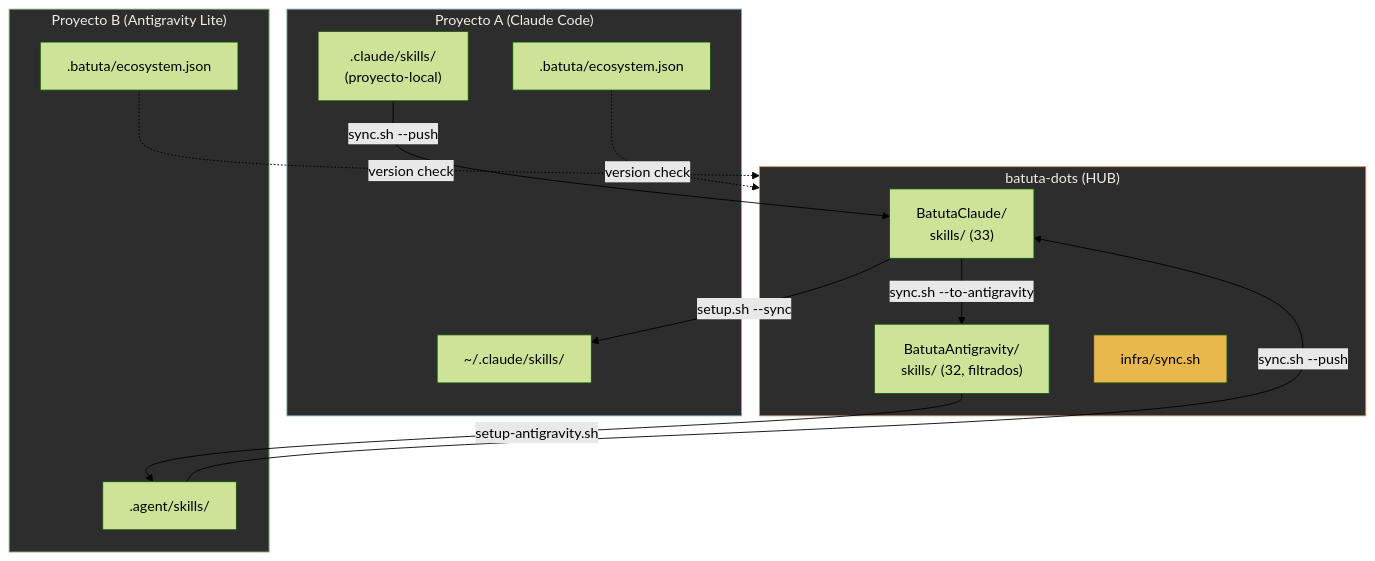
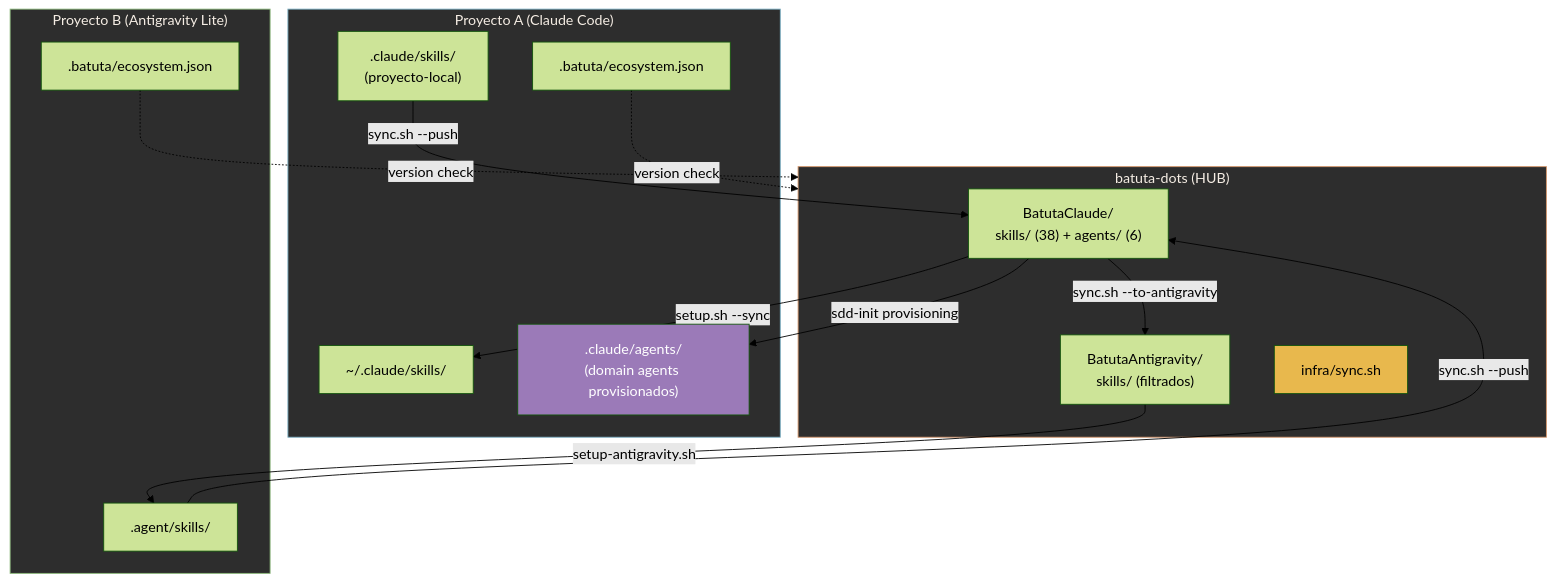
Before and after one commit to jota-batuta/batuta-dots: diagram 23 of 26 in docs/architecture/arquitectura-diagrama.md, drawn with Mermaid (forest theme). The commit also changed other lines of this file and 79 other files, not shown here.

First line of the commit message:
feat(v13): agents architecture, skill eval, validation fixes

````diff
--- a/docs/architecture/arquitectura-diagrama.md
+++ b/docs/architecture/arquitectura-diagrama.md
@@ -805,34 +869,37 @@
 ```mermaid
 flowchart TD
     subgraph HUB["batuta-dots (HUB)"]
-        BC["BatutaClaude/<br/>skills/ (33)"]
-        BA["BatutaAntigravity/<br/>skills/ (32, filtrados)"]
+        BC["BatutaClaude/<br/>skills/ (38) + agents/ (6)"]
+        BA["BatutaAntigravity/<br/>skills/ (filtrados)"]
         SYNC["infra/sync.sh"]
     end
 
     subgraph SPOKE_CLAUDE["Proyecto A (Claude Code)"]
         PC_SKILLS["~/.claude/skills/"]
+        PC_AGENTS[".claude/agents/<br/>(domain agents provisionados)"]
         PC_LOCAL[".claude/skills/<br/>(proyecto-local)"]
         PC_ECO[".batuta/ecosystem.json"]
     end
 
     subgraph SPOKE_ANTIGRAVITY["Proyecto B (Antigravity Lite)"]
         PA_SKILLS[".agent/skills/"]
         PA_ECO[".batuta/ecosystem.json"]
     end
 
     BC -->|"setup.sh --sync"| PC_SKILLS
+    BC -->|"sdd-init provisioning"| PC_AGENTS
     BC -->|"sync.sh --to-antigravity"| BA
     BA -->|"setup-antigravity.sh"| PA_SKILLS
 
     PC_LOCAL -->|"sync.sh --push"| BC
     PA_SKILLS -->|"sync.sh --push"| BC
 
     PC_ECO -.->|"version check"| HUB
     PA_ECO -.->|"version check"| HUB
 
     style HUB fill:#2d2d2d,stroke:#D4956A,color:#F5EDE4
     style SPOKE_CLAUDE fill:#2d2d2d,stroke:#7AAFC4,color:#F5EDE4
     style SPOKE_ANTIGRAVITY fill:#2d2d2d,stroke:#8BB87A,color:#F5EDE4
     style SYNC fill:#E8B84D,color:#000
+    style PC_AGENTS fill:#9B7AB8,color:#fff
 ```
````
